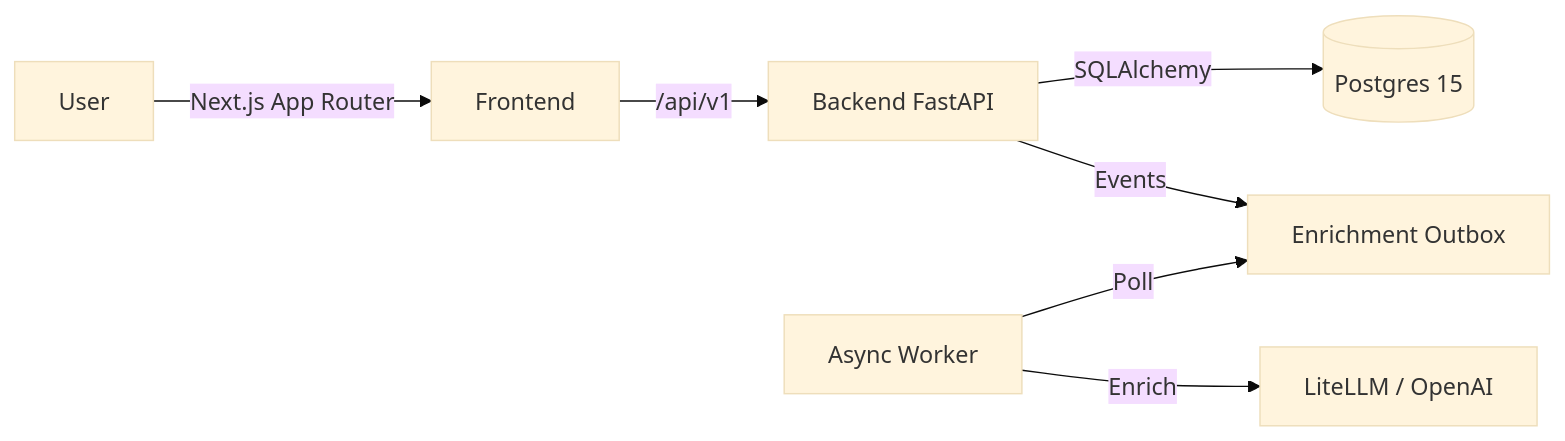
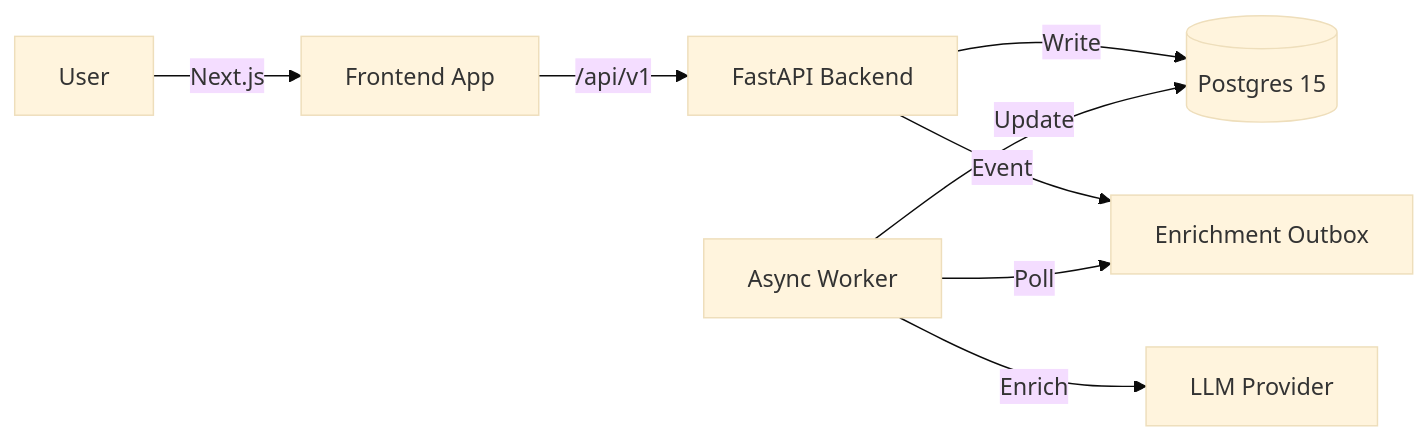
The first of 2 diagrams in README.md (Jayzhong/LiteVault), drawn with Mermaid (base theme) before and after one commit. The commit also changed other lines of this file and 2 other files, not shown here.

````diff
--- a/README.md
+++ b/README.md
@@ -24,9 +37,10 @@
 ```mermaid
 graph LR
-    User[User] -->|Next.js App Router| FE[Frontend]
-    FE -->|/api/v1| BE[Backend FastAPI]
-    BE -->|SQLAlchemy| DB[(Postgres 15)]
-    BE -->|Events| Outbox[Enrichment Outbox]
+    User -->|Next.js| FE[Frontend App]
+    FE -->|/api/v1| BE[FastAPI Backend]
+    BE -->|Write| DB[(Postgres 15)]
+    BE -->|Event| Outbox[Enrichment Outbox]
     Worker[Async Worker] -->|Poll| Outbox
-    Worker -->|Enrich| LLM[LiteLLM / OpenAI]
+    Worker -->|Enrich| LLM[LLM Provider]
+    Worker -->|Update| DB
 ```
````
